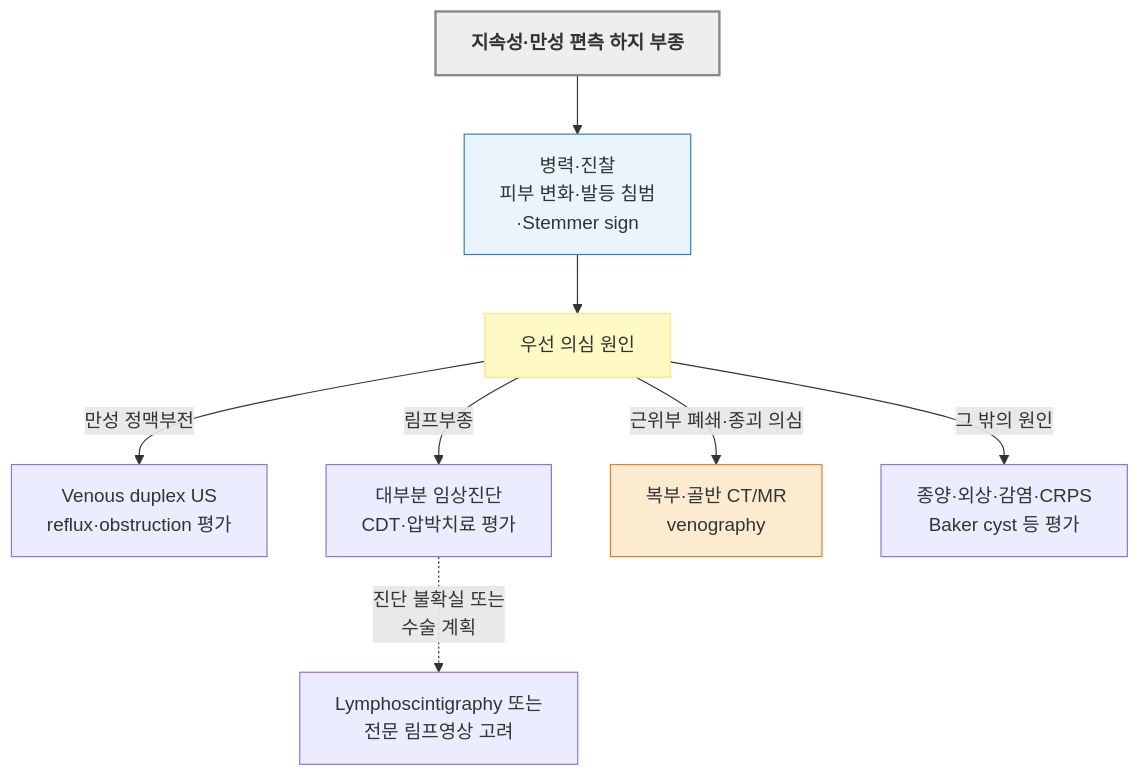
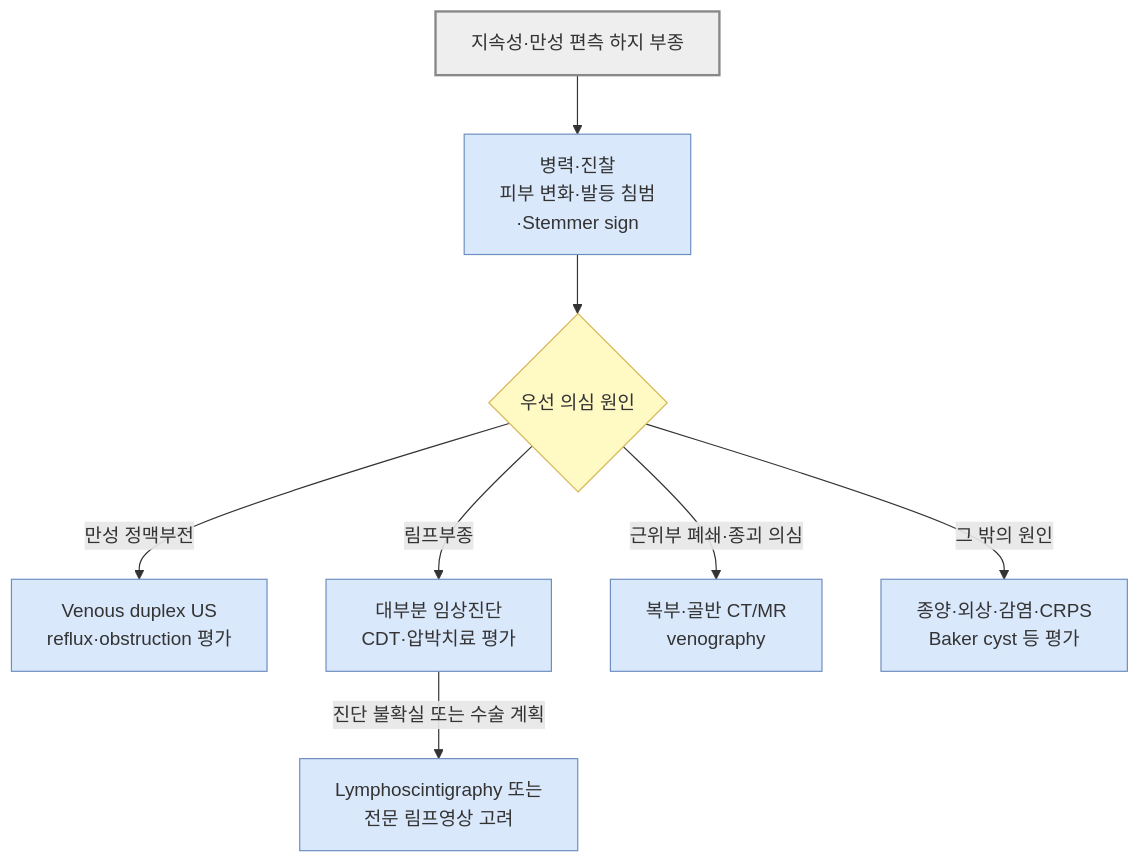
The second of 4 diagrams in 220_/012_-edema.md (familyoh77/familyoh77), drawn with Mermaid before and after one commit. The commit also changed other lines of this file and 13 other files, not shown here.

````diff
--- a/220_/012_-edema.md
+++ b/220_/012_-edema.md
@@ -240,14 +258,23 @@
 ```mermaid
-graph TD
-SG2["<b>지속성·만성 편측 하지 부종</b>"] --> B2["병력·진찰<br/>피부 변화·발등 침범<br/>·Stemmer sign"]
-        B2 --> C2["우선 의심 원인"]
-        C2 -- "만성 정맥부전" --> D2["Venous duplex US<br/>reflux·obstruction 평가"]
-        C2 -- "림프부종" --> E2["대부분 임상진단<br/>CDT·압박치료 평가"]
-        C2 -- "근위부 폐쇄·종괴 의심" --> F2["복부·골반 CT/MR<br/> venography"]
-        C2 -- "그 밖의 원인" --> G2["종양·외상·감염·CRPS<br/>Baker cyst 등 평가"]
-        E2 -. "진단 불확실 또는<br/>수술 계획" .-> H2["Lymphoscintigraphy 또는<br/>전문 림프영상 고려"]
-    style SG2 fill:#eeeeee,stroke:#888888,stroke-width:2px
-    style B2 fill:#eaf4fb,stroke:#2980b9
-    style C2 fill:#fff9c4,stroke:#ffe082
-    style F2 fill:#fdebd0,stroke:#e67e22
+flowchart TD
+SG2["지속성·만성 편측 하지 부종"] --> B2["`병력·진찰
+피부 변화·발등 침범
+·Stemmer sign`"]
+        B2 --> C2{"우선 의심 원인"}
+        C2 -- "만성 정맥부전" --> D2["`Venous duplex US
+reflux·obstruction 평가`"]
+        C2 -- "림프부종" --> E2["`대부분 임상진단
+CDT·압박치료 평가`"]
+        C2 -- "근위부 폐쇄·종괴 의심" --> F2["`복부·골반 CT/MR
+ venography`"]
+        C2 -- "그 밖의 원인" --> G2["`종양·외상·감염·CRPS
+Baker cyst 등 평가`"]
+        E2 -- "진단 불확실 또는 수술 계획" --> H2["`Lymphoscintigraphy 또는
+전문 림프영상 고려`"]
+    classDef start fill:#eee,stroke:#888,stroke-width:2px
+    classDef decision fill:#fff9c4,stroke:#d6b656
+    classDef treatment fill:#dae8fc,stroke:#6c8ebf
+    class SG2,B2,C2,D2,E2,F2,G2,H2 treatment
+    class SG2 start
+    class C2 decision
 ```
````
